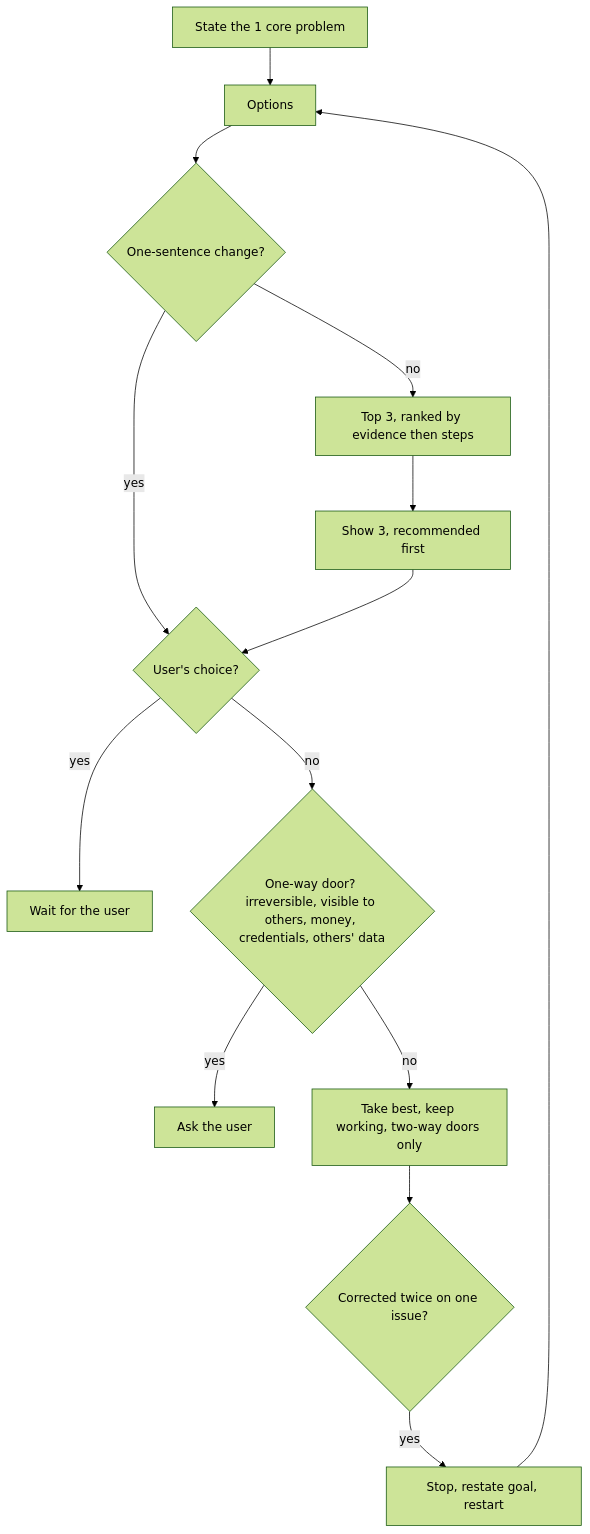
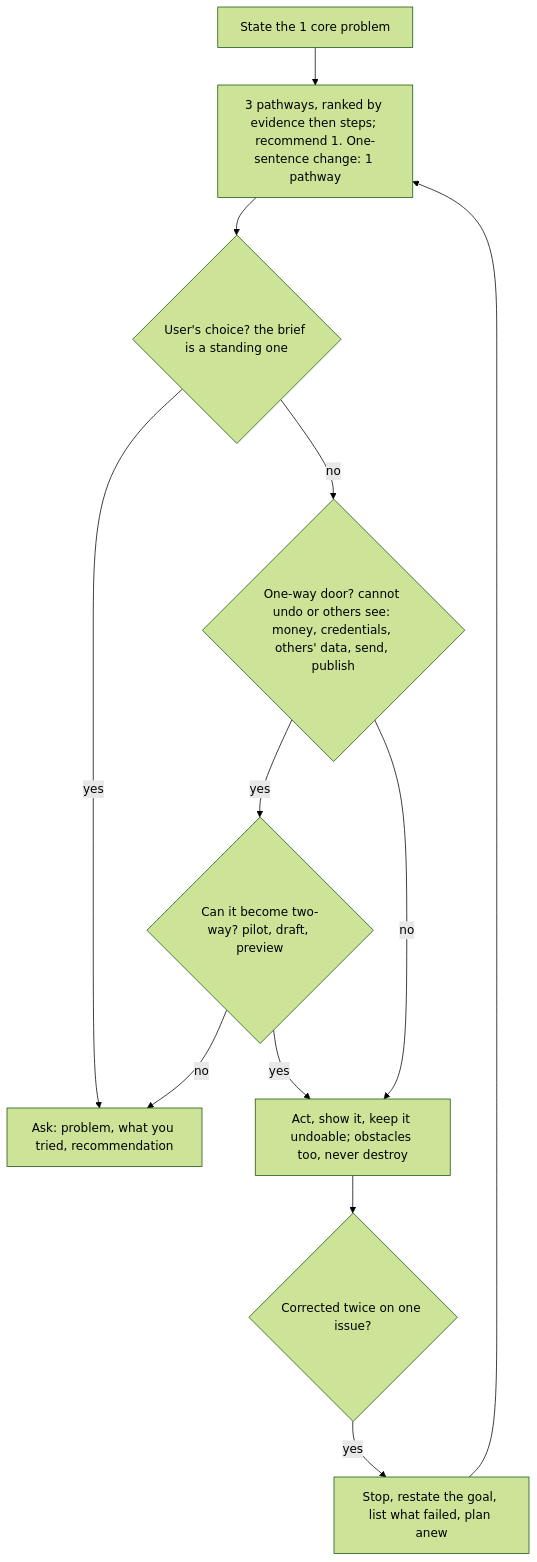
The ninth of 14 diagrams in AGENTS.md (SolenixAI/arbiter), drawn with Mermaid (forest theme) before and after one commit. The commit also changed other lines of this file, not shown here.

First line of the commit message:
docs(agents): section 8 frames, acts, asks with a recommendation, resets (#20)

````diff
--- a/AGENTS.md
+++ b/AGENTS.md
@@ -360,13 +358,13 @@
 ```mermaid
 flowchart TD
-  P1[State the 1 core problem] --> O[Options] --> OS{One-sentence change?}
-  OS -->|yes| Q
-  OS -->|no| T[Top 3, ranked by evidence then steps] --> S[Show 3, recommended first]
-  S --> Q{User's choice?}
-  Q -->|yes| W[Wait for the user]
-  Q -->|no| A{One-way door? irreversible, visible to others, money, credentials, others' data}
-  A -->|yes| U[Ask the user]
-  A -->|no| X[Take best, keep working, two-way doors only]
+  P1["State the 1 core problem"] --> T["3 pathways, ranked by evidence then steps; recommend 1. One-sentence change: 1 pathway"]
+  T --> Q{"User's choice? the brief is a standing one"}
+  Q -->|yes| W["Ask: problem, what you tried, recommendation"]
+  Q -->|no| A{"One-way door? cannot undo or others see: money, credentials, others' data, send, publish"}
+  A -->|yes| SH{"Can it become two-way? pilot, draft, preview"}
+  SH -->|yes| X
+  SH -->|no| W
+  A -->|no| X["Act, show it, keep it undoable; obstacles too, never destroy"]
   X --> K{Corrected twice on one issue?}
-  K -->|yes| Z[Stop, restate goal, restart] --> O
+  K -->|yes| Z["Stop, restate the goal, list what failed, plan anew"] --> T
 ```
````
